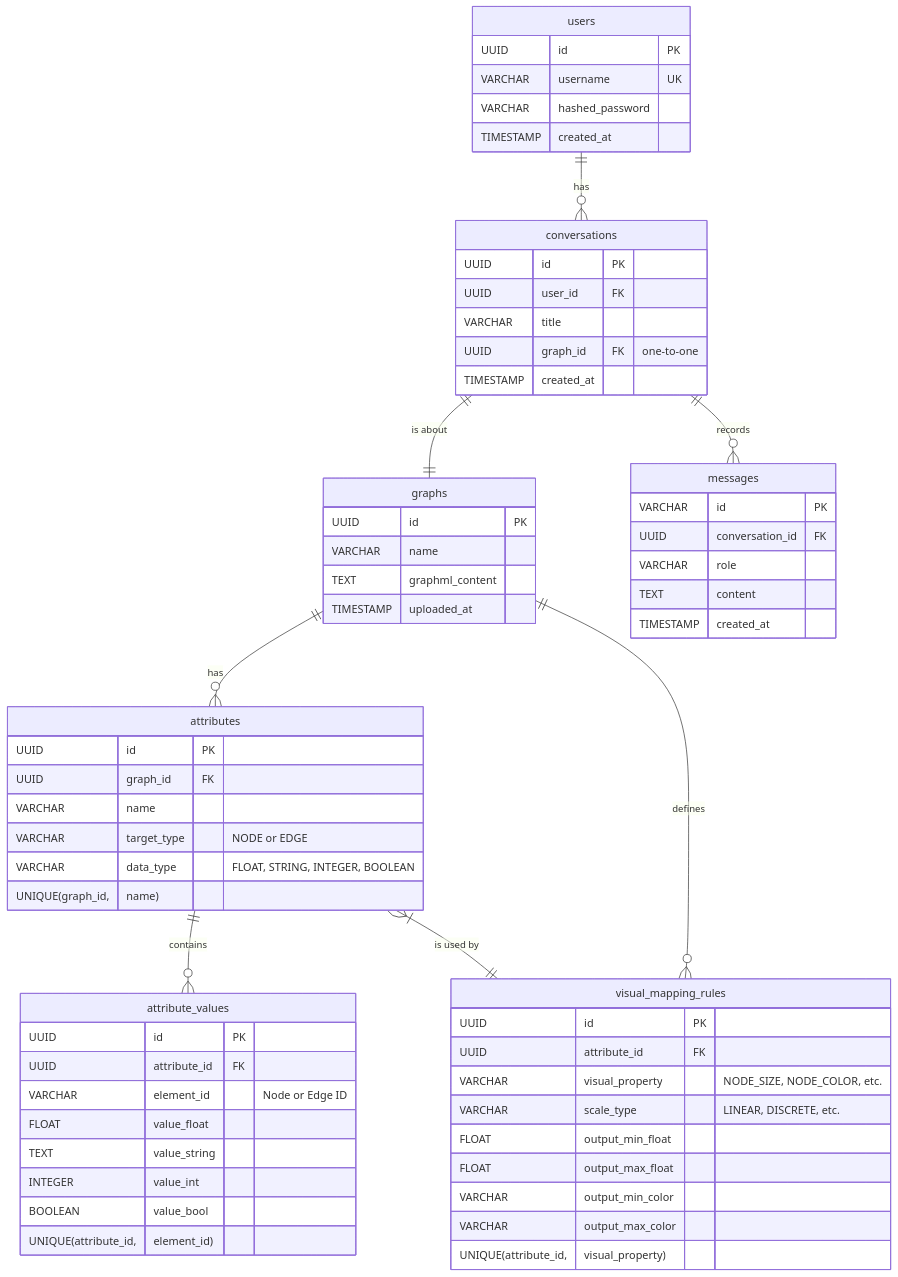
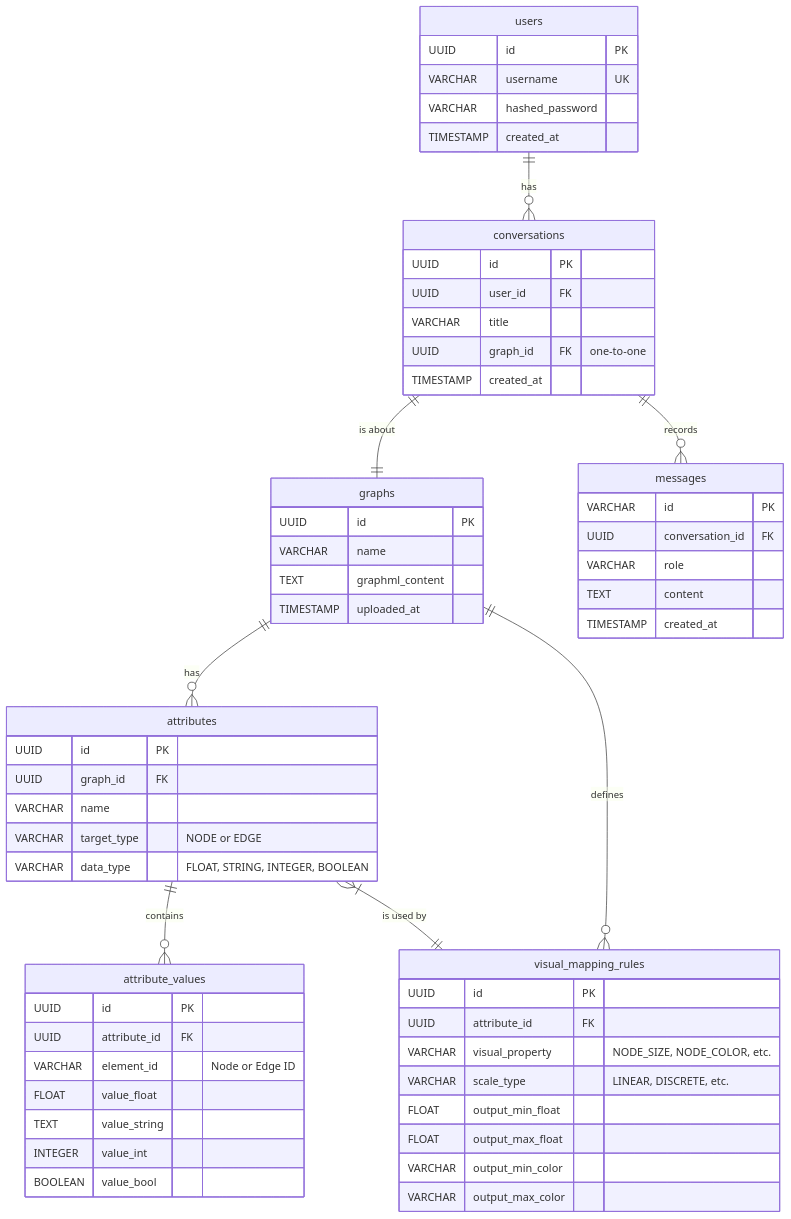
The diagram in specification/database-schema.md (vdslab/LLMGraphvis), drawn with Mermaid before and after one commit.

Commit message:
Fix: Correct Mermaid ER diagram syntax in database-schema.md
Removed unsupported UNIQUE(...) syntax from ER diagram to resolve parsing errors. The actual unique constraints are correctly defined in the SQL CREATE TABLE statements.

````diff
--- a/specification/database-schema.md
+++ b/specification/database-schema.md
@@ -11,72 +11,69 @@
 ```mermaid
 erDiagram
     users ||--o{ conversations : "has"
     conversations ||--|| graphs : "is about"
     conversations ||--o{ messages : "records"
     graphs ||--o{ attributes : "has"
     attributes ||--o{ attribute_values : "contains"
     graphs ||--o{ visual_mapping_rules : "defines"
     attributes }|--|| visual_mapping_rules : "is used by"
 
     users {
         UUID id PK
         VARCHAR username UK
         VARCHAR hashed_password
         TIMESTAMP created_at
     }
 
     conversations {
         UUID id PK
         UUID user_id FK
         VARCHAR title
         UUID graph_id FK "one-to-one"
         TIMESTAMP created_at
     }
 
     graphs {
         UUID id PK
         VARCHAR name
         TEXT graphml_content
         TIMESTAMP uploaded_at
     }
 
     messages {
         VARCHAR id PK
         UUID conversation_id FK
         VARCHAR role
         TEXT content
         TIMESTAMP created_at
     }
 
     attributes {
         UUID id PK
         UUID graph_id FK
         VARCHAR name
         VARCHAR target_type "NODE or EDGE"
         VARCHAR data_type "FLOAT, STRING, INTEGER, BOOLEAN"
-        UNIQUE(graph_id, name)
     }
 
     attribute_values {
         UUID id PK
         UUID attribute_id FK
         VARCHAR element_id "Node or Edge ID"
         FLOAT value_float
         TEXT value_string
         INTEGER value_int
         BOOLEAN value_bool
-        UNIQUE(attribute_id, element_id)
     }
 
     visual_mapping_rules {
         UUID id PK
         UUID attribute_id FK
         VARCHAR visual_property "NODE_SIZE, NODE_COLOR, etc."
         VARCHAR scale_type "LINEAR, DISCRETE, etc."
         FLOAT output_min_float
         FLOAT output_max_float
         VARCHAR output_min_color
         VARCHAR output_max_color
-        UNIQUE(attribute_id, visual_property)
     }
 ```
````
